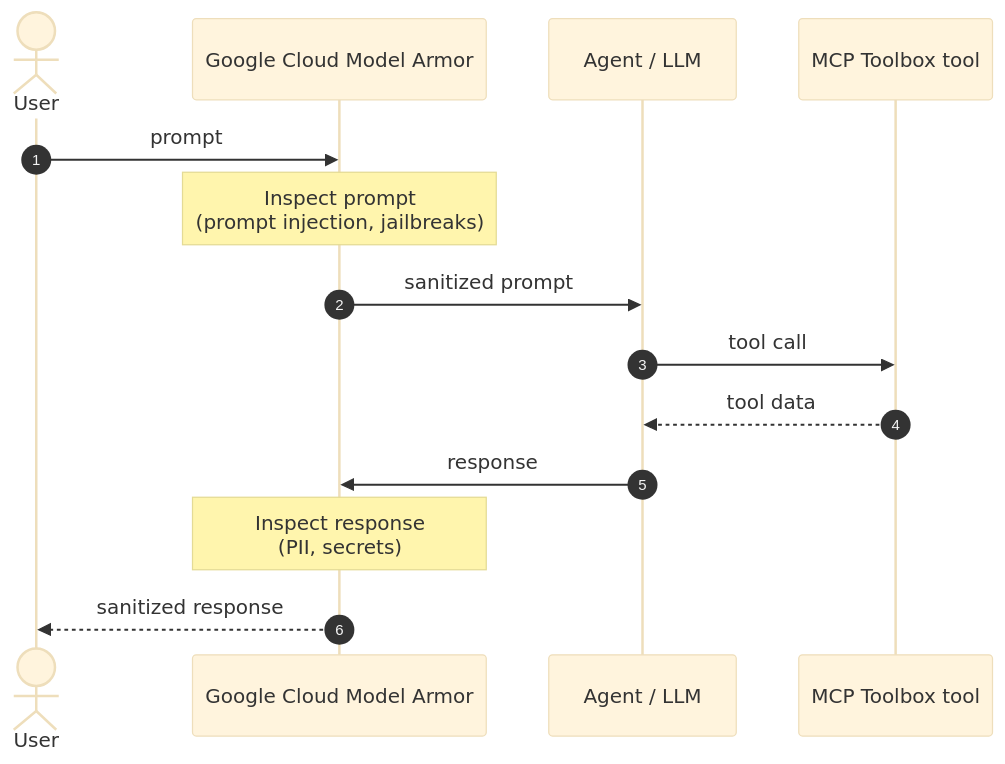
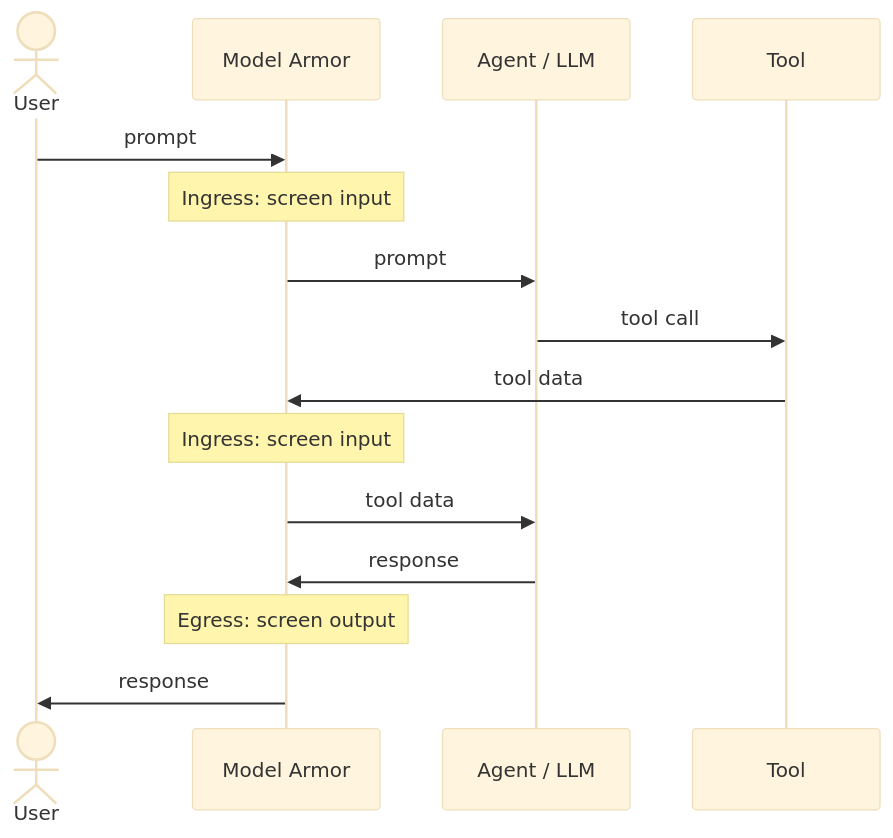
Before and after one commit to googleapis/genai-toolbox: the diagram in docs/en/documentation/security/model-armor.md, drawn with Mermaid (base theme). The commit also changed other lines of this file, not shown here.

````diff
--- a/docs/en/documentation/security/model-armor.md
+++ b/docs/en/documentation/security/model-armor.md
@@ -27,17 +27,20 @@
 ```mermaid
 sequenceDiagram
-    autonumber
     actor User
-    participant MA as Google Cloud Model Armor
+    participant MA as Model Armor
     participant Agent as Agent / LLM
-    participant Tool as MCP Toolbox tool
+    participant Tool
 
     User->>MA: prompt
-    Note over MA: Inspect prompt<br/>(prompt injection, jailbreaks)
-    MA->>Agent: sanitized prompt
+    Note over MA: Ingress: screen input
+    MA->>Agent: prompt
+
     Agent->>Tool: tool call
-    Tool-->>Agent: tool data
+    Tool->>MA: tool data
+    Note over MA: Ingress: screen input
+    MA->>Agent: tool data
+
     Agent->>MA: response
-    Note over MA: Inspect response<br/>(PII, secrets)
-    MA-->>User: sanitized response
+    Note over MA: Egress: screen output
+    MA->>User: response
 ```
````
